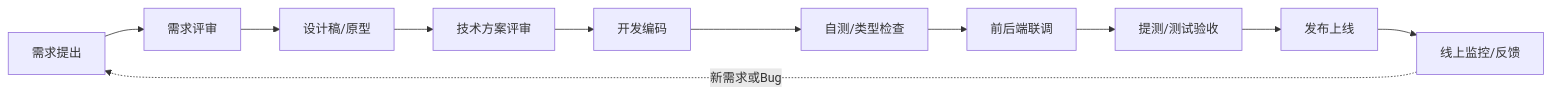
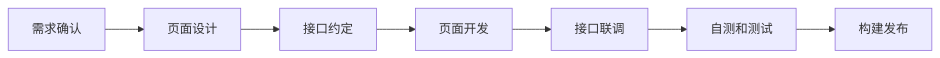
The second of 3 diagrams in docs/前端开发分享演讲稿.md (TCIano/iframemode), drawn with Mermaid before and after one commit. The commit also changed other lines of this file and 3 other files, not shown here.

````diff
--- a/docs/前端开发分享演讲稿.md
+++ b/docs/前端开发分享演讲稿.md
@@ -39,13 +97,9 @@
 ```mermaid
 flowchart LR
-    A[需求提出] --> B[需求评审]
-    B --> C[设计稿/原型]
-    C --> D[技术方案评审]
-    D --> E[开发编码]
-    E --> F[自测/类型检查]
-    F --> G[前后端联调]
-    G --> H[提测/测试验收]
-    H --> I[发布上线]
-    I --> J[线上监控/反馈]
-    J -.->|新需求或Bug| A
+    req[需求确认] --> ui[页面设计]
+    ui --> api[接口约定]
+    api --> dev[页面开发]
+    dev --> link[接口联调]
+    link --> test[自测和测试]
+    test --> build[构建发布]
 ```
````
